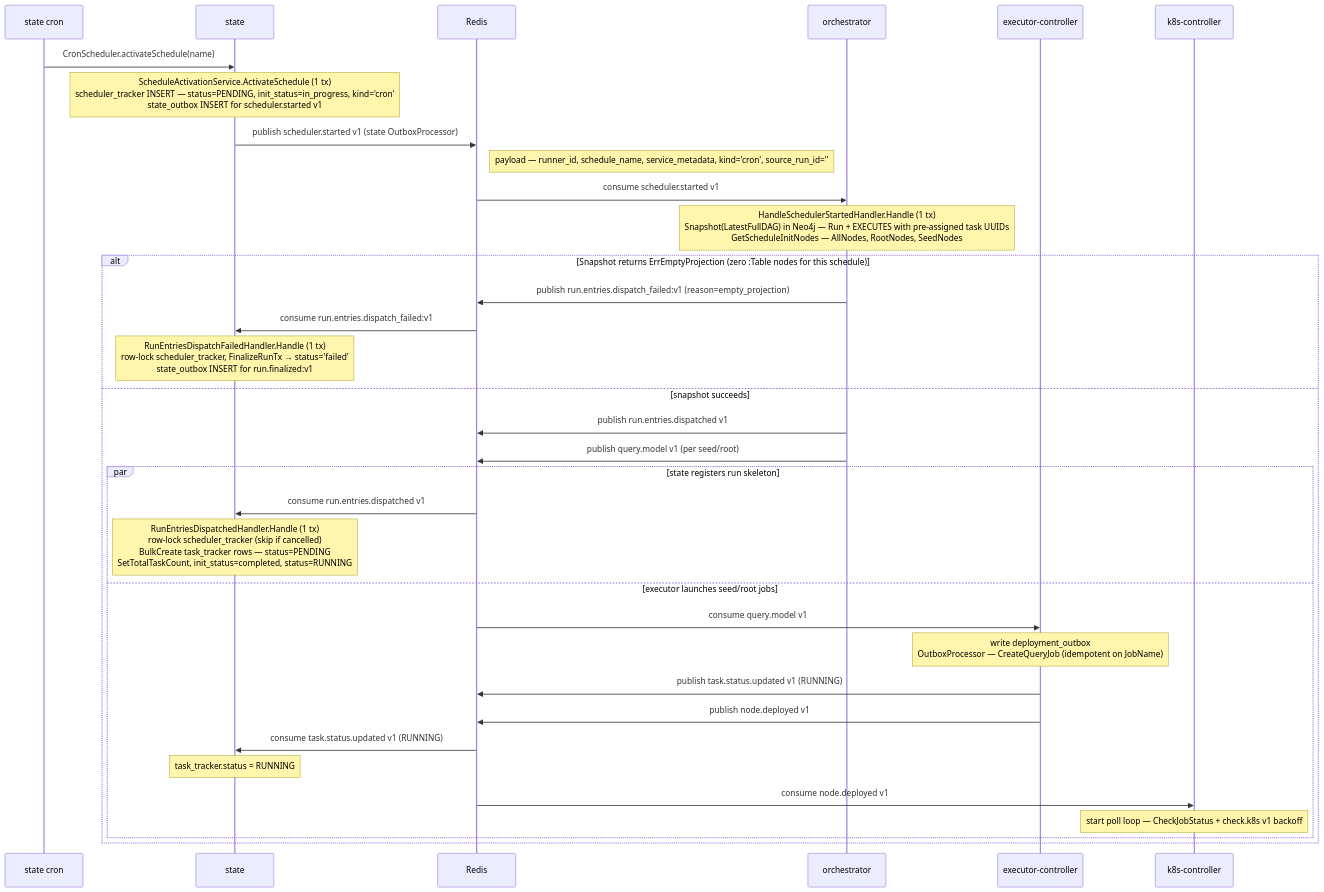
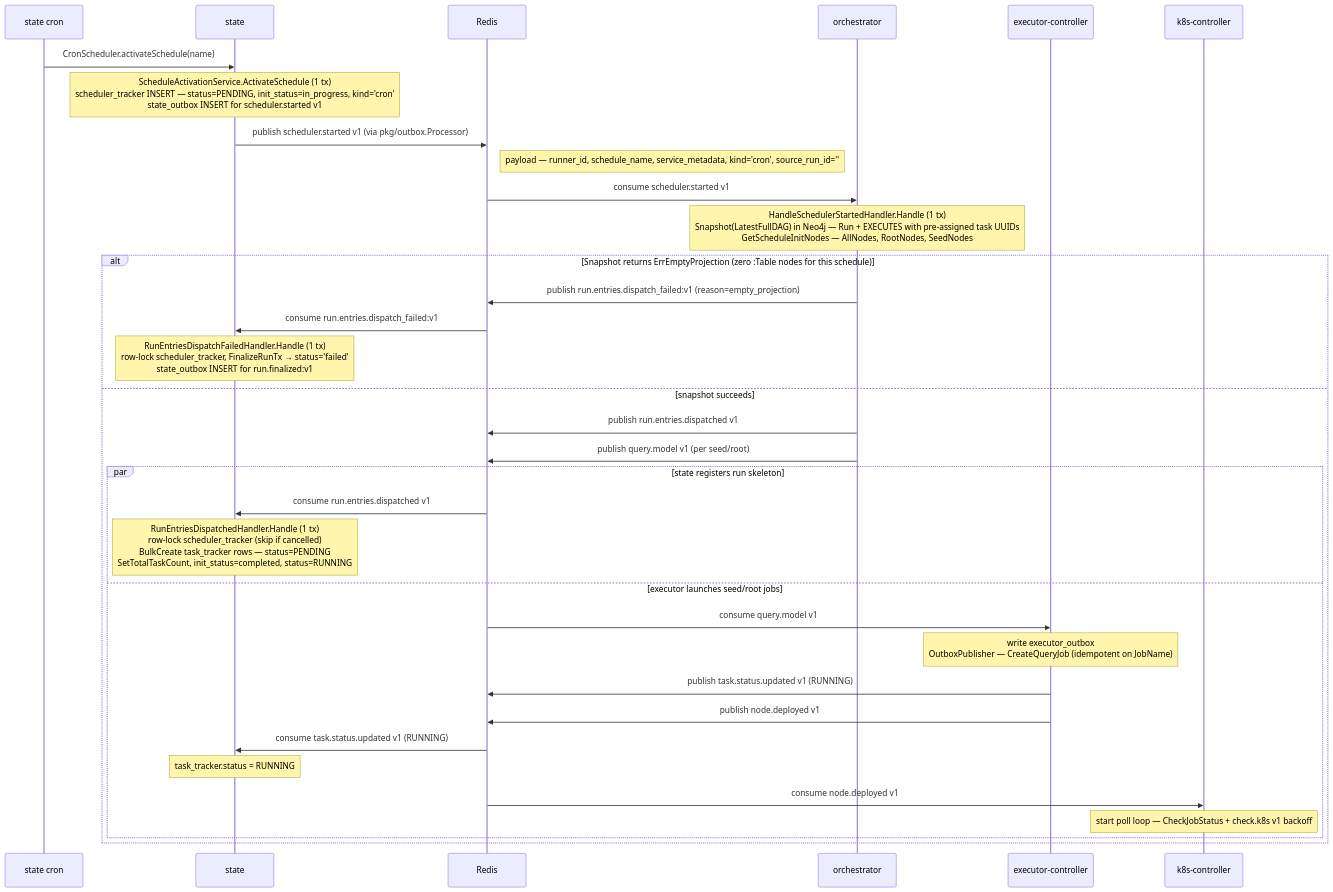
Before and after one commit to carolsimone/continuo: the first of 10 diagrams in docs/arch/03-sequence-flows.md, drawn with Mermaid. The commit also changed other lines of this file and 7 other files, not shown here.

First line of the commit message:
docs(arch): reconcile per-service outbox docs with shared pkg/outbox

````diff
--- a/docs/arch/03-sequence-flows.md
+++ b/docs/arch/03-sequence-flows.md
@@ -5,39 +5,39 @@
 ```mermaid
 sequenceDiagram
   participant Cron as state cron
   participant ST as state
   participant R as Redis
   participant OR as orchestrator
   participant EC as executor-controller
   participant KC as k8s-controller
 
   Cron->>ST: CronScheduler.activateSchedule(name)
   Note over ST: ScheduleActivationService.ActivateSchedule (1 tx)<br/>scheduler_tracker INSERT — status=PENDING, init_status=in_progress, kind='cron'<br/>state_outbox INSERT for scheduler.started v1
-  ST->>R: publish scheduler.started v1 (state OutboxProcessor)
+  ST->>R: publish scheduler.started v1 (via pkg/outbox.Processor)
   Note right of R: payload — runner_id, schedule_name, service_metadata, kind='cron', source_run_id=''
 
   R->>OR: consume scheduler.started v1
   Note over OR: HandleSchedulerStartedHandler.Handle (1 tx)<br/>Snapshot(LatestFullDAG) in Neo4j — Run + EXECUTES with pre-assigned task UUIDs<br/>GetScheduleInitNodes — AllNodes, RootNodes, SeedNodes
   alt Snapshot returns ErrEmptyProjection (zero :Table nodes for this schedule)
     OR->>R: publish run.entries.dispatch_failed:v1 (reason=empty_projection)
     R->>ST: consume run.entries.dispatch_failed:v1
     Note over ST: RunEntriesDispatchFailedHandler.Handle (1 tx)<br/>row-lock scheduler_tracker, FinalizeRunTx → status='failed'<br/>state_outbox INSERT for run.finalized:v1
   else snapshot succeeds
     OR->>R: publish run.entries.dispatched v1
     OR->>R: publish query.model v1 (per seed/root)
 
     par state registers run skeleton
       R->>ST: consume run.entries.dispatched v1
       Note over ST: RunEntriesDispatchedHandler.Handle (1 tx)<br/>row-lock scheduler_tracker (skip if cancelled)<br/>BulkCreate task_tracker rows — status=PENDING<br/>SetTotalTaskCount, init_status=completed, status=RUNNING
     and executor launches seed/root jobs
       R->>EC: consume query.model v1
-      Note over EC: write deployment_outbox<br/>OutboxProcessor — CreateQueryJob (idempotent on JobName)
+      Note over EC: write executor_outbox<br/>OutboxPublisher — CreateQueryJob (idempotent on JobName)
       EC->>R: publish task.status.updated v1 (RUNNING)
       EC->>R: publish node.deployed v1
       R->>ST: consume task.status.updated v1 (RUNNING)
       Note over ST: task_tracker.status = RUNNING
       R->>KC: consume node.deployed v1
       Note over KC: start poll loop — CheckJobStatus + check.k8s v1 backoff
     end
   end
 ```
````
